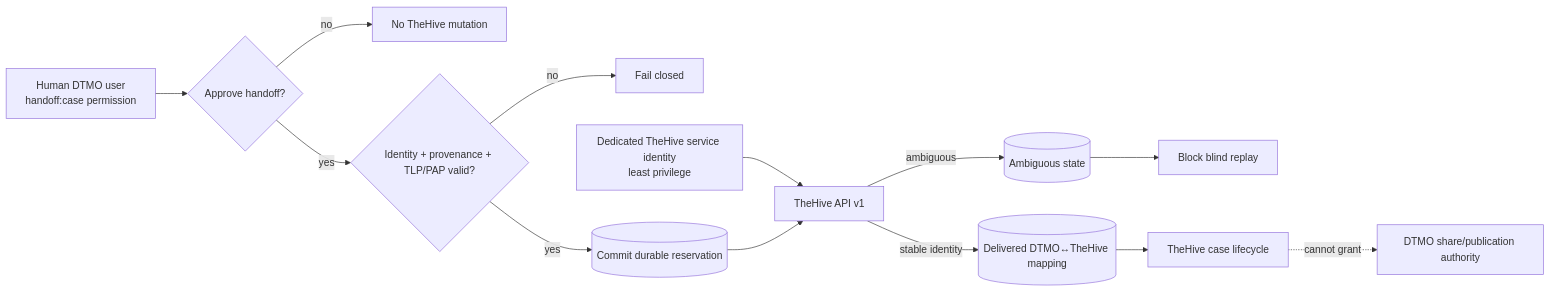
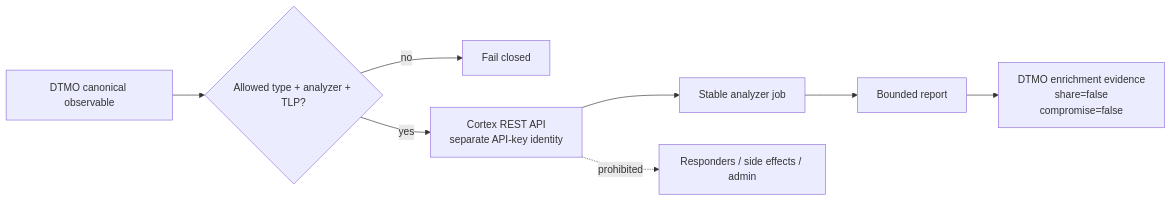
Before and after one commit to GJvManen/dtmo: the diagram in docs/security/SECURITY_OVERVIEW.md, drawn with Mermaid. The commit also changed other lines of this file, not shown here.

Commit message:
Phase 11.7b: reconcile Cortex security boundary

````diff
--- a/docs/security/SECURITY_OVERVIEW.md
+++ b/docs/security/SECURITY_OVERVIEW.md
@@ -65,15 +60,10 @@
 ```mermaid
 flowchart LR
-    H[Human DTMO user\nhandoff:case permission] --> A{Approve handoff?}
-    A -->|no| N[No TheHive mutation]
-    A -->|yes| V{Identity + provenance + TLP/PAP valid?}
+    D[DTMO canonical observable] --> V{Allowed type + analyzer + TLP?}
     V -->|no| X[Fail closed]
-    V -->|yes| R[(Commit durable reservation)]
-    I[Dedicated TheHive service identity\nleast privilege] --> C[TheHive API v1]
-    R --> C
-    C -->|stable identity| M[(Delivered DTMO↔TheHive mapping)]
-    C -->|ambiguous| U[(Ambiguous state)]
-    U --> B[Block blind replay]
-    M --> L[TheHive case lifecycle]
-    L -. cannot grant .-> S[DTMO share/publication authority]
+    V -->|yes| C[Cortex REST API\nseparate API-key identity]
+    C --> J[Stable analyzer job]
+    J --> R[Bounded report]
+    R --> E[DTMO enrichment evidence\nshare=false\ncompromise=false]
+    C -. prohibited .-> Z[Responders / side effects / admin]
 ```
````
